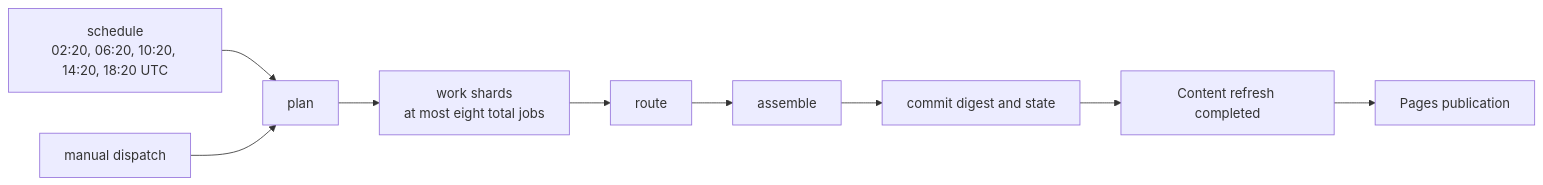
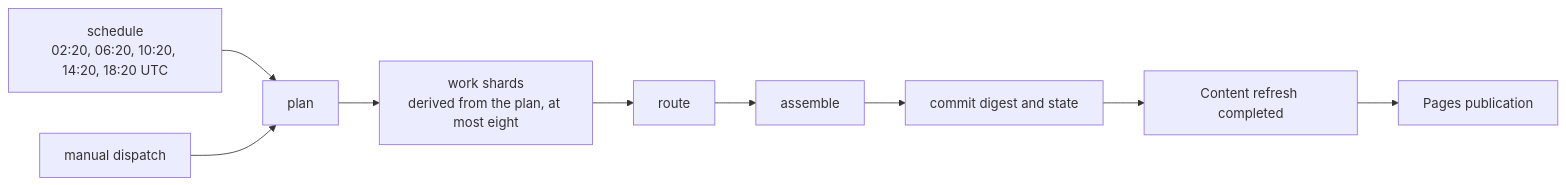
Before and after one commit to miztiik/yen-idhazh: the second of 3 diagrams in docs/reference/github-actions.md, drawn with Mermaid. The commit also changed other lines of this file and 13 other files, not shown here.

First line of the commit message:
ci(digest): derive the work shard count from the plan and wire --cap

````diff
--- a/docs/reference/github-actions.md
+++ b/docs/reference/github-actions.md
@@ -70,11 +87,11 @@
 ```mermaid
 flowchart LR
     SCHEDULE["schedule<br/>02:20, 06:20, 10:20, 14:20, 18:20 UTC"] --> PLAN["plan"]
     MANUAL["manual dispatch"] --> PLAN
-    PLAN --> WORK["work shards<br/>at most eight total jobs"]
+    PLAN --> WORK["work shards<br/>derived from the plan, at most eight"]
     WORK --> ROUTE["route"]
     ROUTE --> ASSEMBLE["assemble"]
     ASSEMBLE --> COMMIT["commit digest and state"]
     COMMIT --> COMPLETE["Content refresh completed"]
     COMPLETE --> PAGES["Pages publication"]
 ```
````
